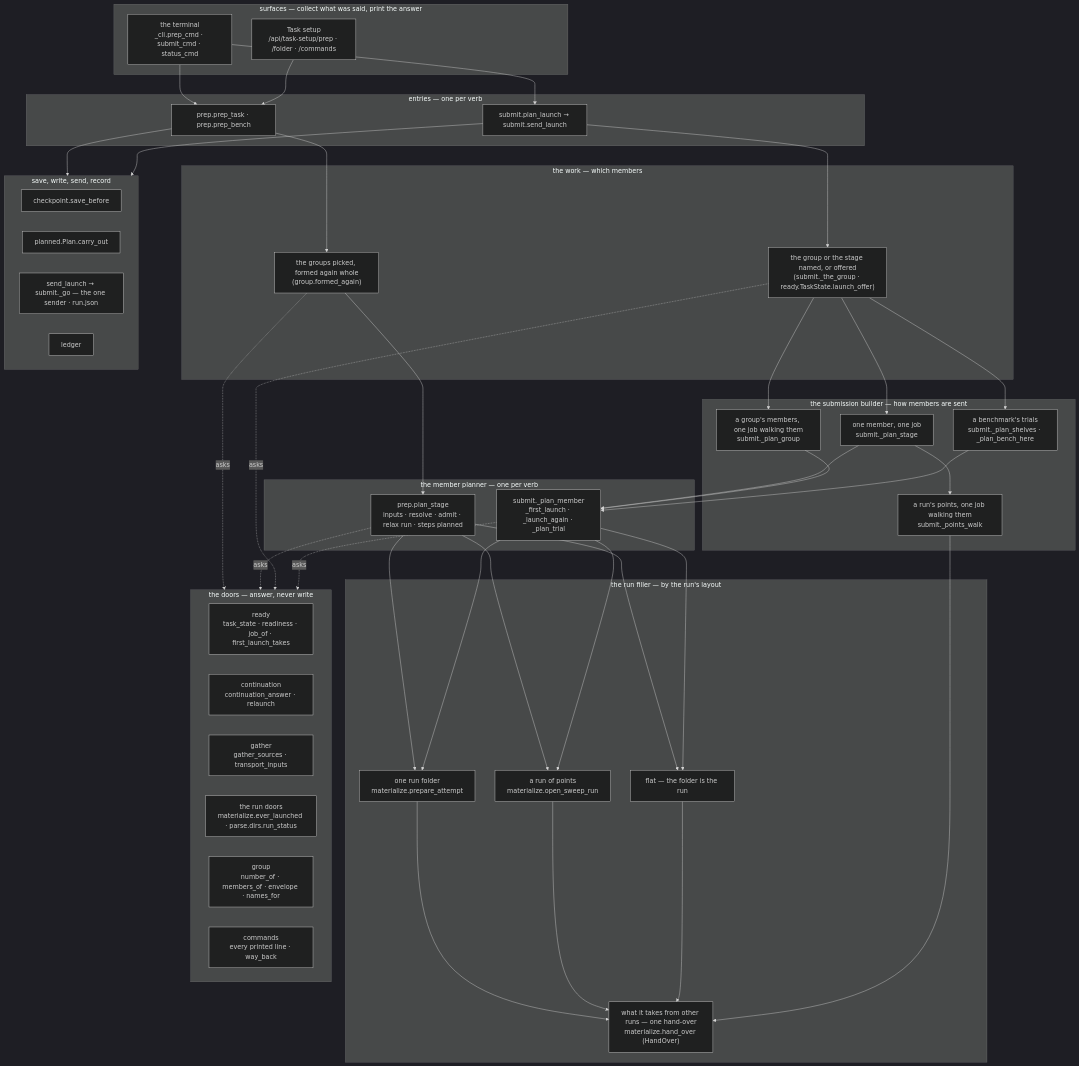
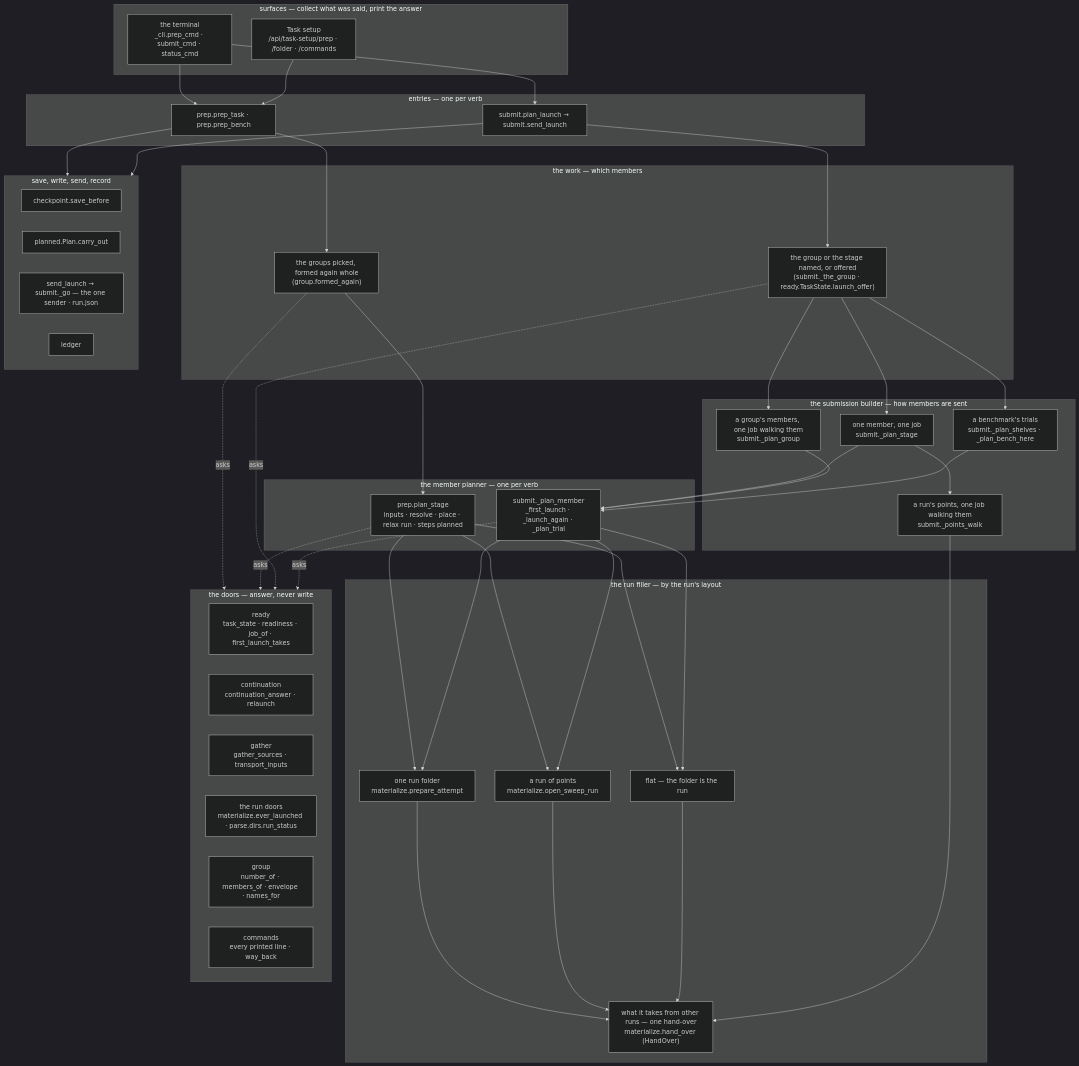
Before and after one commit to Qing-LAB/molbuilder: diagram 17 of 19 in docs/execution/job-system.md, drawn with Mermaid (dark theme). The commit also changed other lines of this file and 66 other files, not shown here.

````diff
--- a/docs/execution/job-system.md
+++ b/docs/execution/job-system.md
@@ -2906,59 +2919,59 @@
 ```mermaid
 flowchart TB
     subgraph S["surfaces — collect what was said, print the answer"]
         CLI["the terminal<br/>_cli.prep_cmd · submit_cmd · status_cmd"]
         WEB["Task setup<br/>/api/task-setup/prep · /folder · /commands"]
     end
     subgraph E["entries — one per verb"]
         PE["prep.prep_task · prep.prep_bench"]
         LE["submit.plan_launch → submit.send_launch"]
     end
     subgraph W["the work — which members"]
         PW["the groups picked, formed again whole<br/>(group.formed_again)"]
         LW["the group or the stage named, or offered<br/>(submit._the_group · ready.TaskState.launch_offer)"]
     end
     subgraph M["the member planner — one per verb"]
-        PM["prep.plan_stage<br/>inputs · resolve · admit · relax run · steps planned"]
+        PM["prep.plan_stage<br/>inputs · resolve · place · relax run · steps planned"]
         LM["submit._plan_member<br/>_first_launch · _launch_again · _plan_trial"]
     end
     subgraph F["the run filler — by the run's layout"]
         F1["one run folder<br/>materialize.prepare_attempt"]
         F2["a run of points<br/>materialize.open_sweep_run"]
         F0["flat — the folder is the run"]
         F3["what it takes from other runs — one hand-over<br/>materialize.hand_over (HandOver)"]
     end
     subgraph B["the submission builder — how members are sent"]
         B1["one member, one job<br/>submit._plan_stage"]
         B2["a group's members, one job walking them<br/>submit._plan_group"]
         B3["a run's points, one job walking them<br/>submit._points_walk"]
         B4["a benchmark's trials<br/>submit._plan_shelves · _plan_bench_here"]
     end
     subgraph X["save, write, send, record"]
         SV["checkpoint.save_before"]
         PL["planned.Plan.carry_out"]
         GO["send_launch → submit._go — the one sender · run.json"]
         LG["ledger"]
     end
     subgraph D["the doors — answer, never write"]
         RD["ready<br/>task_state · readiness · job_of · first_launch_takes"]
         CD["continuation<br/>continuation_answer · relaunch"]
         GD["gather<br/>gather_sources · transport_inputs"]
         RU["the run doors<br/>materialize.ever_launched · parse.dirs.run_status"]
         GR["group<br/>number_of · members_of · envelope · names_for"]
         CM["commands<br/>every printed line · way_back"]
     end
     CLI --> PE & LE
     WEB --> PE
     PE --> PW --> PM --> F1 & F2 & F0
     LE --> LW --> B1 & B2 & B4
     B1 & B2 & B4 --> LM --> F1 & F2 & F0
     F1 & F2 & F0 --> F3
     B1 --> B3
     B3 --> F3
     PE --> X
     LE --> X
     PW -.asks.-> D
     PM -.asks.-> D
     LW -.asks.-> D
     LM -.asks.-> D
 ```
````
